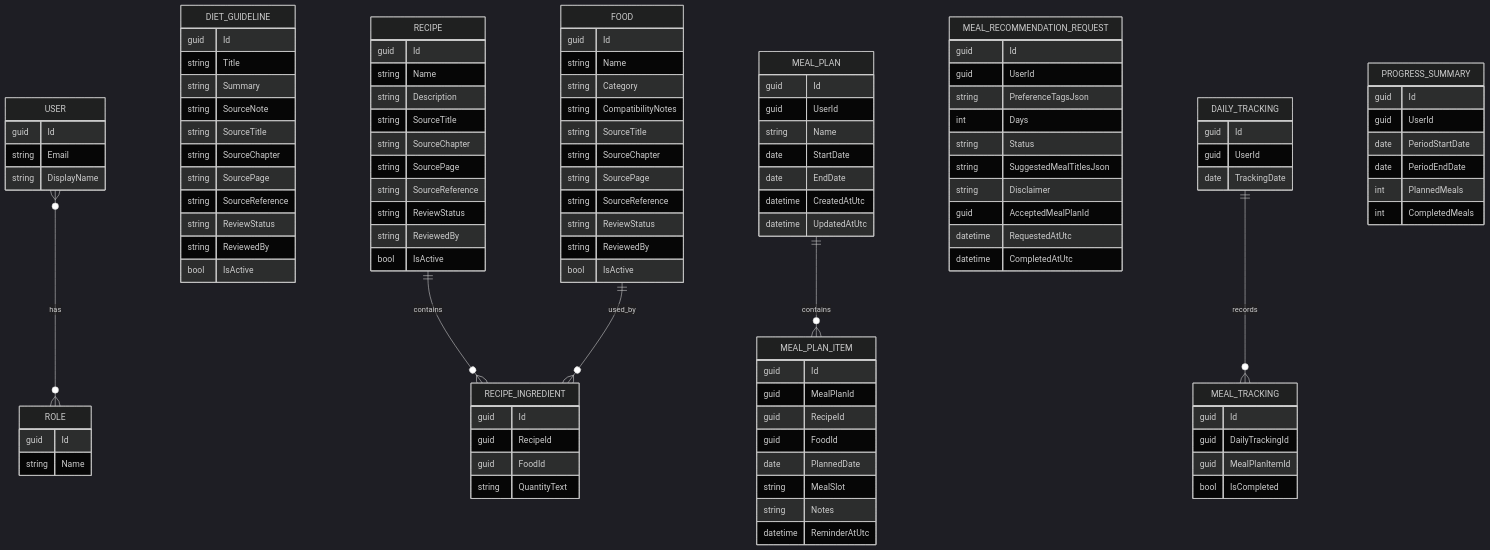
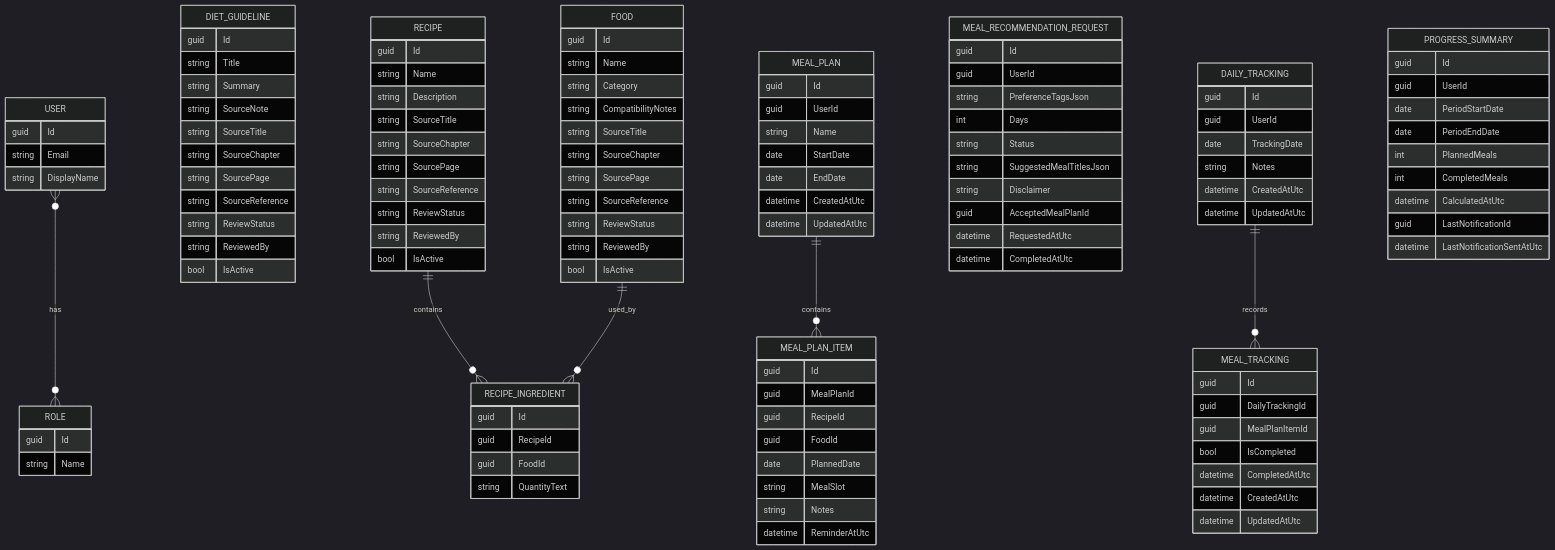
Before and after one commit to HAIANH29/PRN232_ASM_PROJECT: the diagram in docs/erd/Conceptual-ERD.md, drawn with Mermaid (dark theme). The commit also changed 38 other files, not shown here.

```diff
--- a/docs/erd/Conceptual-ERD.md
+++ b/docs/erd/Conceptual-ERD.md
@@ -99,6 +99,9 @@
         guid Id
         guid UserId
         date TrackingDate
+        string Notes
+        datetime CreatedAtUtc
+        datetime UpdatedAtUtc
     }
 
     MEAL_TRACKING {
@@ -106,6 +109,9 @@
         guid DailyTrackingId
         guid MealPlanItemId
         bool IsCompleted
+        datetime CompletedAtUtc
+        datetime CreatedAtUtc
+        datetime UpdatedAtUtc
     }
 
     PROGRESS_SUMMARY {
@@ -115,6 +121,9 @@
         date PeriodEndDate
         int PlannedMeals
         int CompletedMeals
+        datetime CalculatedAtUtc
+        guid LastNotificationId
+        datetime LastNotificationSentAtUtc
     }
 
     USER }o--o{ ROLE : has
```
